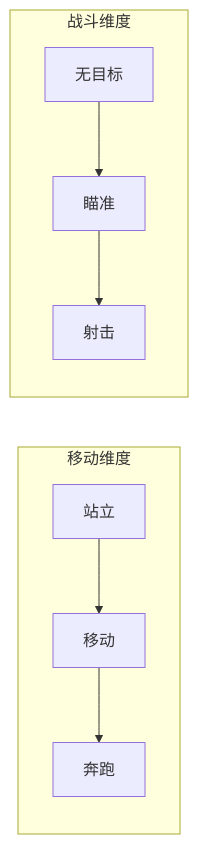
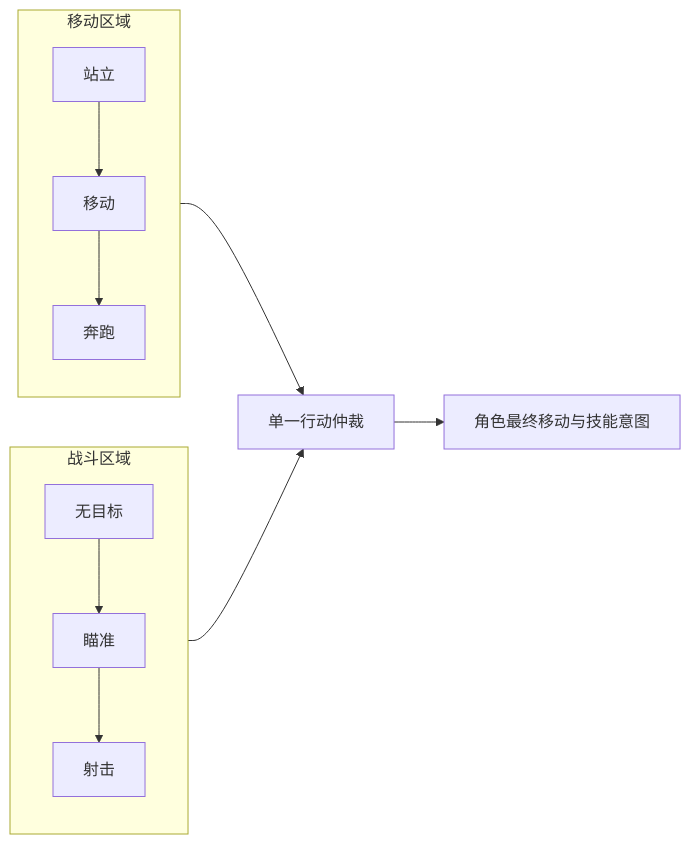
Before and after one commit to fantuan812/learning: the second of 2 diagrams in 知识/06-游戏AI/感知决策与行为规划/02-状态机与层次状态机.md, drawn with Mermaid. The commit also changed other lines of this file and 2 other files, not shown here.

````diff
--- a/知识/06-游戏AI/感知决策与行为规划/02-状态机与层次状态机.md
+++ b/知识/06-游戏AI/感知决策与行为规划/02-状态机与层次状态机.md
@@ -268,9 +270,12 @@
 ```mermaid
 flowchart LR
-    subgraph 正交区域A[移动维度]
-        M1[站立] --> M2[移动] --> M3[奔跑]
+    subgraph Locomotion[移动区域]
+        L0[站立] --> L1[移动] --> L2[奔跑]
     end
-    subgraph 正交区域B[战斗维度]
-        B1[无目标] --> B2[瞄准] --> B3[射击]
+    subgraph Weapon[战斗区域]
+        W0[无目标] --> W1[瞄准] --> W2[射击]
     end
+    Locomotion --> A[单一行动仲裁]
+    Weapon --> A
+    A --> O[角色最终移动与技能意图]
 ```
````
